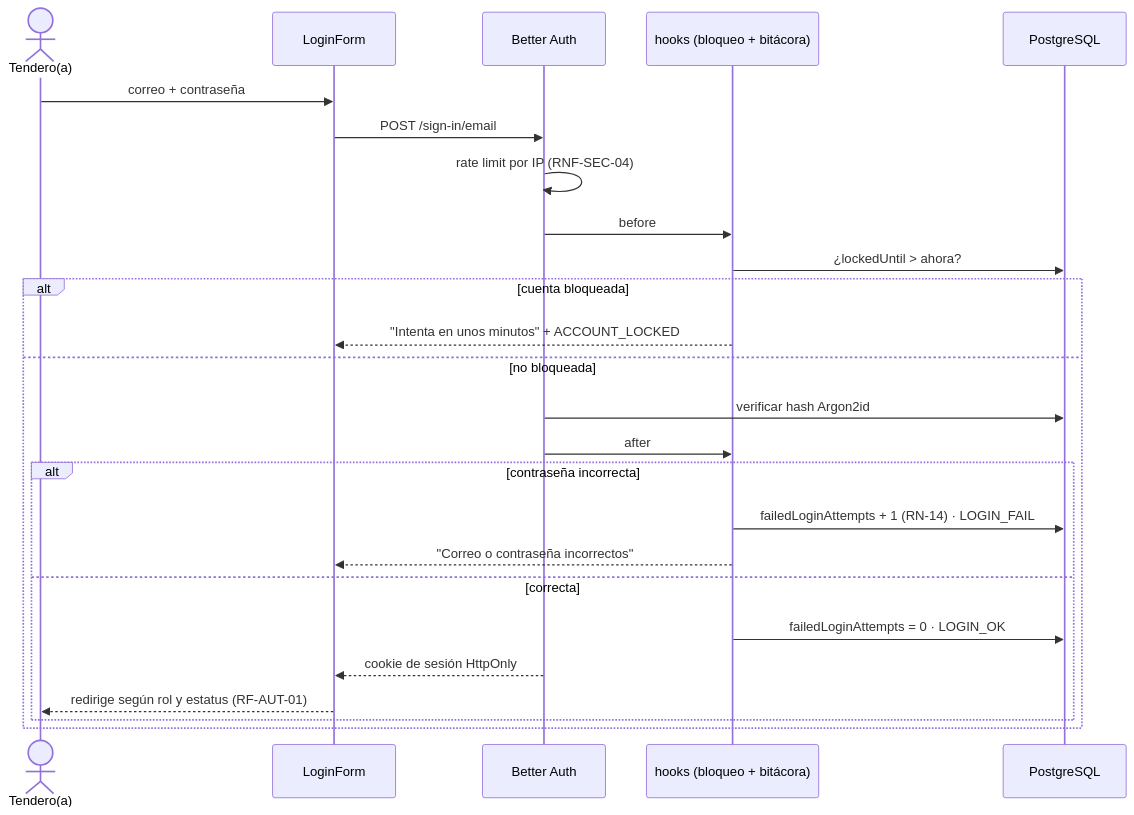
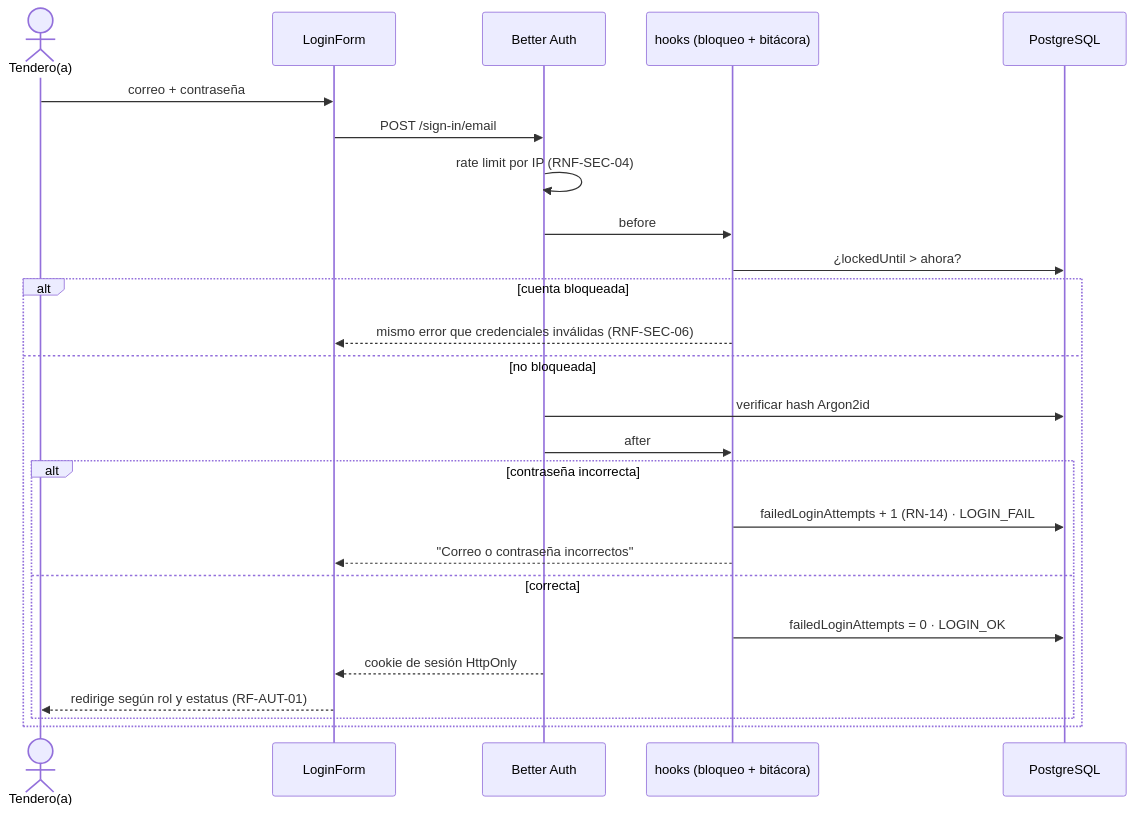
Before and after one commit to AlcortDev/Reyes-3---HackaPony: diagram 12 of 13 in docs/SRS.md, drawn with Mermaid. The commit also changed other lines of this file and 9 other files, not shown here.

First line of the commit message:
fix(security): IP de cliente de confianza y login sin enumeracion [RNF-SEC-04, RNF-SEC-06]

````diff
--- a/docs/SRS.md
+++ b/docs/SRS.md
@@ -1142,28 +1142,28 @@
 ```mermaid
 sequenceDiagram
     actor T as Tendero(a)
     participant UI as LoginForm
     participant BA as Better Auth
     participant H as hooks (bloqueo + bitácora)
     participant DB as PostgreSQL
 
     T->>UI: correo + contraseña
     UI->>BA: POST /sign-in/email
     BA->>BA: rate limit por IP (RNF-SEC-04)
     BA->>H: before
     H->>DB: ¿lockedUntil > ahora?
     alt cuenta bloqueada
-        H-->>UI: "Intenta en unos minutos" + ACCOUNT_LOCKED
+        H-->>UI: mismo error que credenciales inválidas (RNF-SEC-06)
     else no bloqueada
         BA->>DB: verificar hash Argon2id
         BA->>H: after
         alt contraseña incorrecta
             H->>DB: failedLoginAttempts + 1 (RN-14) · LOGIN_FAIL
             H-->>UI: "Correo o contraseña incorrectos"
         else correcta
             H->>DB: failedLoginAttempts = 0 · LOGIN_OK
             BA-->>UI: cookie de sesión HttpOnly
             UI-->>T: redirige según rol y estatus (RF-AUT-01)
         end
     end
 ```
````
